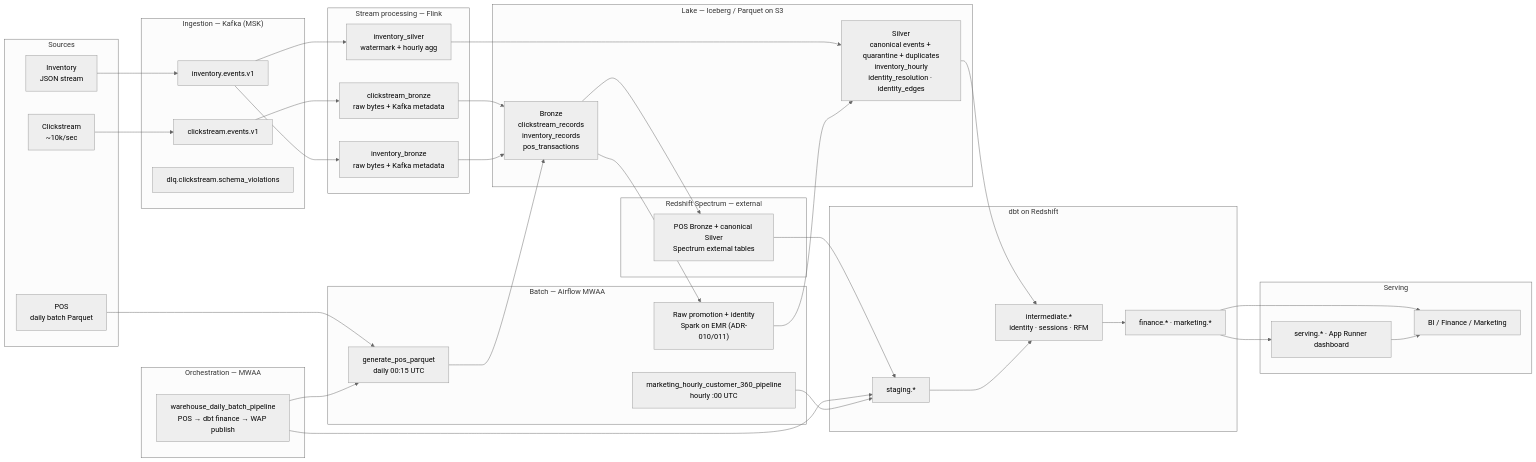
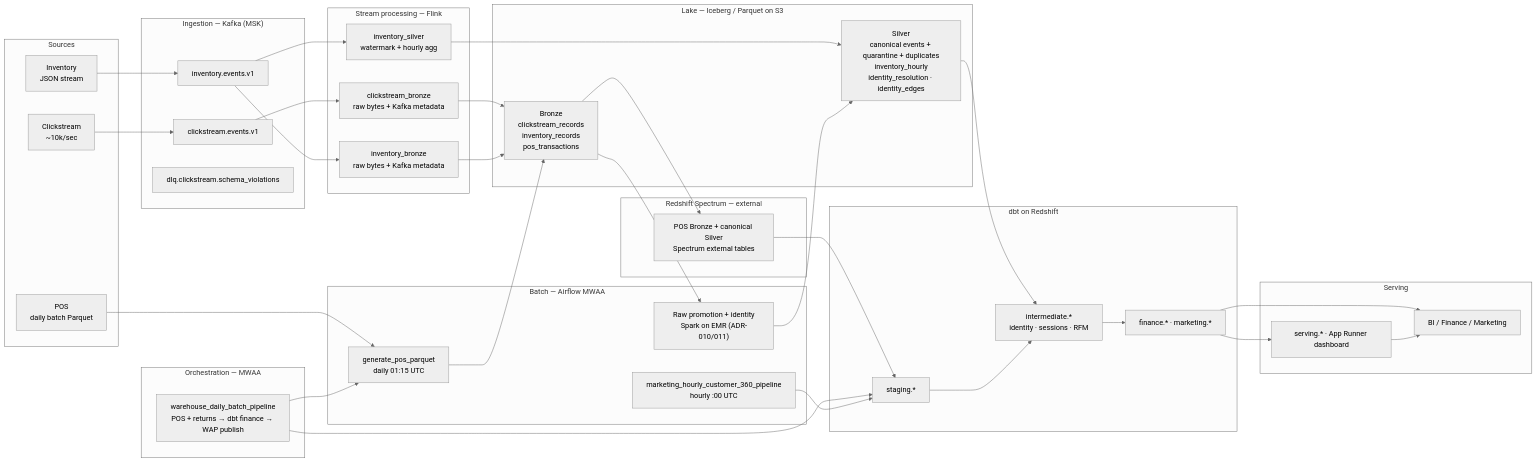
Before and after one commit to jerry98s/global_retail_analytics: the diagram in ARCHITECTURE.md, drawn with Mermaid (neutral theme). The commit also changed other lines of this file and 104 other files, not shown here.

First line of the commit message:
Bring the shared retail flow to cloud, including POS returns and a direct hourly Iceberg read.

```diff
--- a/ARCHITECTURE.md
+++ b/ARCHITECTURE.md
@@ -80,7 +80,7 @@
 
   subgraph BATCH["Batch — Airflow MWAA"]
 
-    POSJOB["generate_pos_parquet<br/>daily 00:15 UTC"]
+    POSJOB["generate_pos_parquet<br/>daily 01:15 UTC"]
 
     C360["marketing_hourly_customer_360_pipeline<br/>hourly :00 UTC"]
 
@@ -122,7 +122,7 @@
 
   subgraph ORCH["Orchestration — MWAA"]
 
-    DAG["warehouse_daily_batch_pipeline<br/>POS → dbt finance → WAP publish"]
+    DAG["warehouse_daily_batch_pipeline<br/>POS + returns → dbt finance → WAP publish"]
 
   end
 
```
